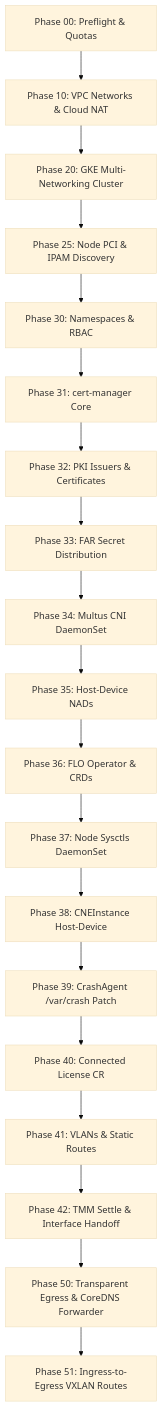
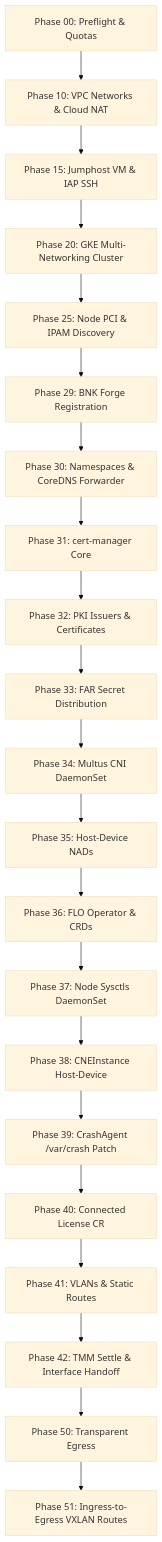
Before and after one commit to JLCode-tech/gkebnkctl: the diagram in docs/PHASES.md, drawn with Mermaid (base theme). The commit also changed other lines of this file and 27 other files, not shown here.

````diff
--- a/docs/PHASES.md
+++ b/docs/PHASES.md
@@ -9,21 +9,23 @@
 ```mermaid
 graph TD
-    P00[Phase 00: Preflight & Quotas] --> P10[Phase 10: VPC Networks & Cloud NAT]
-    P10 --> P20[Phase 20: GKE Multi-Networking Cluster]
-    P20 --> P25[Phase 25: Node PCI & IPAM Discovery]
-    P25 --> P30[Phase 30: Namespaces & RBAC]
-    P30 --> P31[Phase 31: cert-manager Core]
-    P31 --> P32[Phase 32: PKI Issuers & Certificates]
-    P32 --> P33[Phase 33: FAR Secret Distribution]
-    P33 --> P34[Phase 34: Multus CNI DaemonSet]
-    P34 --> P35[Phase 35: Host-Device NADs]
-    P35 --> P36[Phase 36: FLO Operator & CRDs]
-    P36 --> P37[Phase 37: Node Sysctls DaemonSet]
-    P37 --> P38[Phase 38: CNEInstance Host-Device]
-    P38 --> P39[Phase 39: CrashAgent /var/crash Patch]
-    P39 --> P40[Phase 40: Connected License CR]
-    P40 --> P41[Phase 41: VLANs & Static Routes]
-    P41 --> P42[Phase 42: TMM Settle & Interface Handoff]
-    P42 --> P50[Phase 50: Transparent Egress & CoreDNS Forwarder]
-    P50 --> P51[Phase 51: Ingress-to-Egress VXLAN Routes]
+    P00["Phase 00: Preflight & Quotas"] --> P10["Phase 10: VPC Networks & Cloud NAT"]
+    P10 --> P15["Phase 15: Jumphost VM & IAP SSH"]
+    P15 --> P20["Phase 20: GKE Multi-Networking Cluster"]
+    P20 --> P25["Phase 25: Node PCI & IPAM Discovery"]
+    P25 --> P29["Phase 29: BNK Forge Registration"]
+    P29 --> P30["Phase 30: Namespaces & CoreDNS Forwarder"]
+    P30 --> P31["Phase 31: cert-manager Core"]
+    P31 --> P32["Phase 32: PKI Issuers & Certificates"]
+    P32 --> P33["Phase 33: FAR Secret Distribution"]
+    P33 --> P34["Phase 34: Multus CNI DaemonSet"]
+    P34 --> P35["Phase 35: Host-Device NADs"]
+    P35 --> P36["Phase 36: FLO Operator & CRDs"]
+    P36 --> P37["Phase 37: Node Sysctls DaemonSet"]
+    P37 --> P38["Phase 38: CNEInstance Host-Device"]
+    P38 --> P39["Phase 39: CrashAgent /var/crash Patch"]
+    P39 --> P40["Phase 40: Connected License CR"]
+    P40 --> P41["Phase 41: VLANs & Static Routes"]
+    P41 --> P42["Phase 42: TMM Settle & Interface Handoff"]
+    P42 --> P50["Phase 50: Transparent Egress"]
+    P50 --> P51["Phase 51: Ingress-to-Egress VXLAN Routes"]
 ```
````
